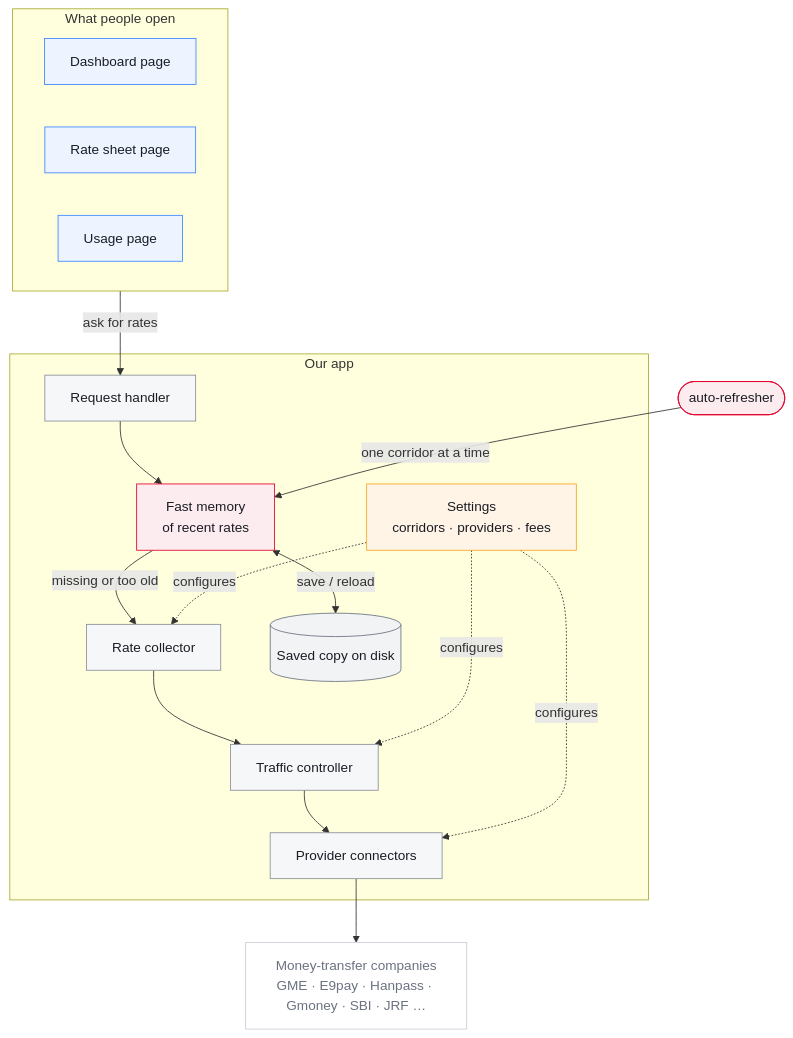
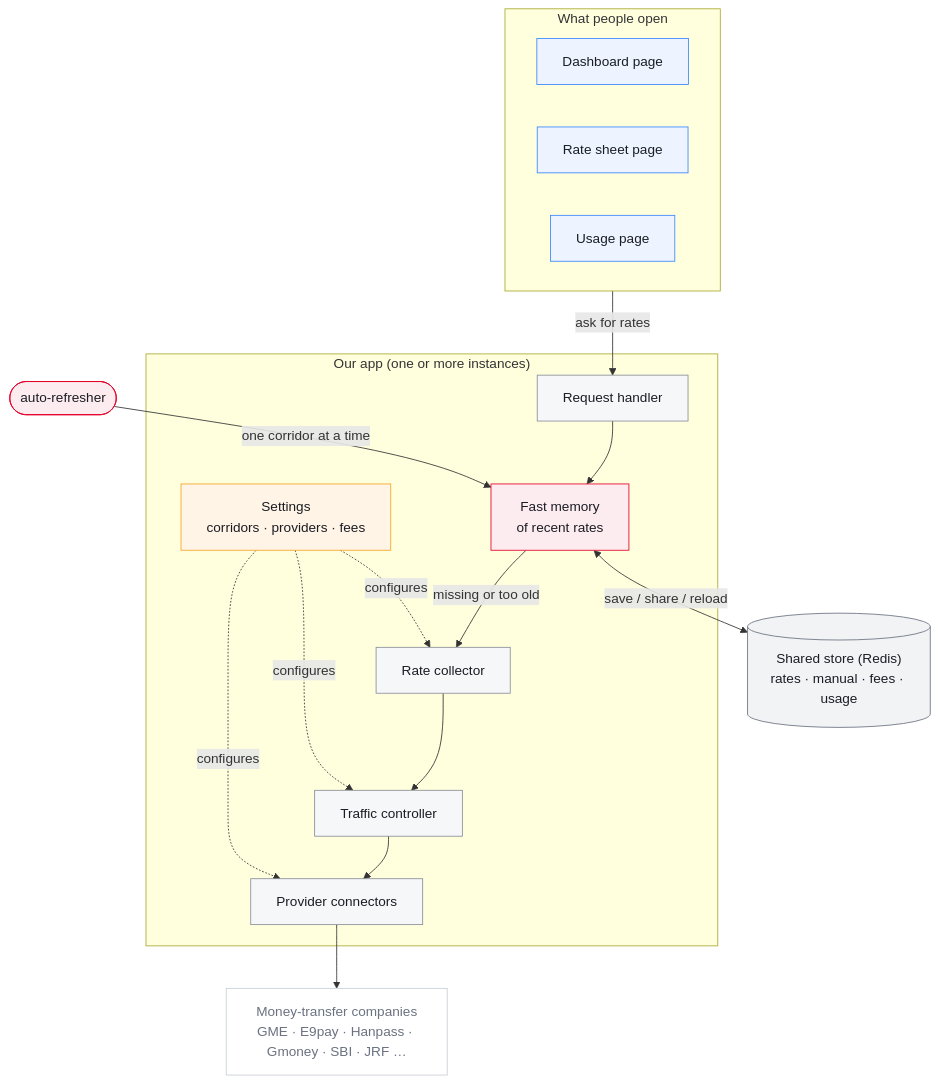
The first of 6 diagrams in README.md (Navong/rates-scrapper), drawn with Mermaid before and after one commit. The commit also changed other lines of this file, not shown here.

First line of the commit message:
docs: README reflects Redis shared state + multi-instance

````diff
--- a/README.md
+++ b/README.md
@@ -14,33 +14,33 @@
 ```mermaid
 flowchart TD
     subgraph Client["What people open"]
         DASH["Dashboard page"]:::c
         SHEET["Rate sheet page"]:::c
         STATS["Usage page"]:::c
     end
 
-    subgraph Server["Our app"]
+    subgraph Server["Our app (one or more instances)"]
         API["Request handler"]:::s
         CACHE["Fast memory<br/>of recent rates"]:::hot
         ORCH["Rate collector"]:::s
         LIM["Traffic controller"]:::s
         PROV["Provider connectors"]:::s
         CFG["Settings<br/>corridors · providers · fees"]:::cfg
-        DISK[("Saved copy on disk")]:::disk
     end
 
+    STORE[("Shared store (Redis)<br/>rates · manual · fees · usage")]:::disk
     UP["Money-transfer companies<br/>GME · E9pay · Hanpass · Gmoney · SBI · JRF …"]:::up
 
     Client -->|ask for rates| API --> CACHE
     CACHE -->|missing or too old| ORCH --> LIM --> PROV --> UP
     CFG -. configures .-> ORCH & PROV & LIM
-    CACHE <-->|save / reload| DISK
+    CACHE <-->|save / share / reload| STORE
     WARM([auto-refresher]):::hot -->|one corridor at a time| CACHE
 
     classDef c fill:#eef4ff,stroke:#3a86ff,color:#1a1d24;
     classDef s fill:#f6f7f9,stroke:#8a8f98,color:#1a1d24;
     classDef cfg fill:#fff4e6,stroke:#f5a623,color:#1a1d24;
     classDef hot fill:#fdecef,stroke:#e4002b,color:#1a1d24;
     classDef disk fill:#f1f3f5,stroke:#6b7280,color:#1a1d24;
     classDef up fill:#ffffff,stroke:#c9ced6,color:#6b7280;
 ```
````
